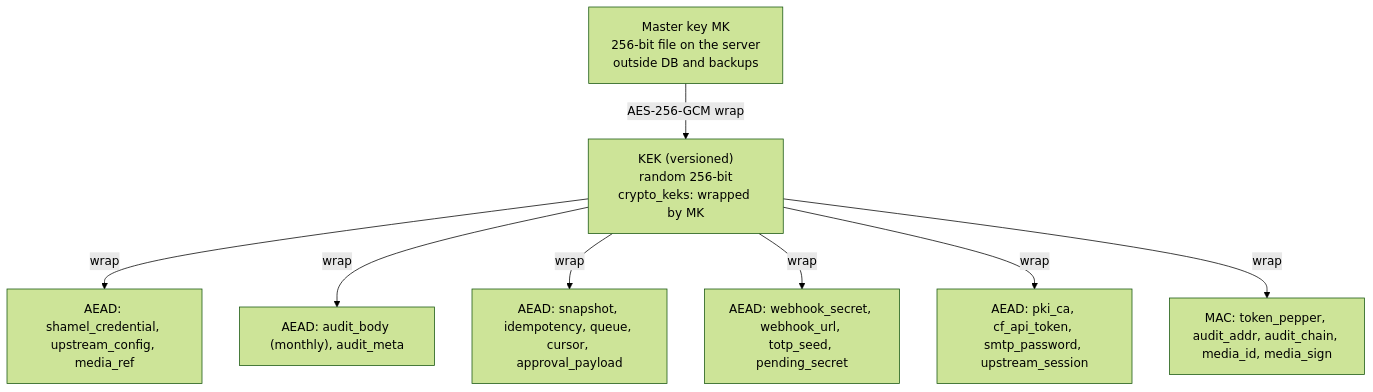
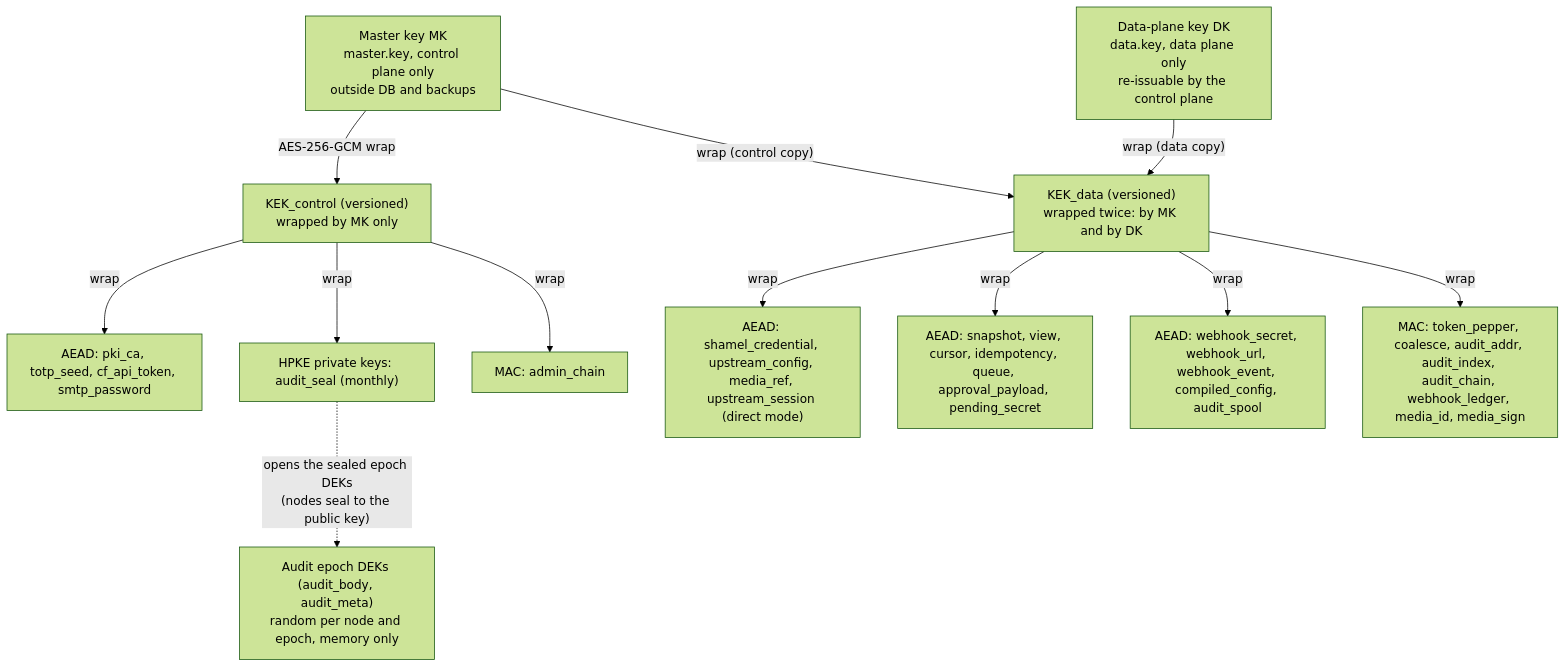
One commit to Web3Abbas/Shamel changed the fourth of 5 diagrams in docs/design/02-security.md. Above: the diagram before and after it, drawn with Mermaid (forest theme). The commit also changed other lines of this file, not shown here.

````diff
--- a/docs/design/02-security.md
+++ b/docs/design/02-security.md
@@ -766,12 +771,19 @@
 ```mermaid
 flowchart TD
-    MK["Master key MK<br/>256-bit file on the server<br/>outside DB and backups"]
-    KEK["KEK (versioned)<br/>random 256-bit<br/>crypto_keks: wrapped by MK"]
-    MK -- "AES-256-GCM wrap" --> KEK
-    KEK -- wrap --> K1["AEAD: shamel_credential, upstream_config, media_ref"]
-    KEK -- wrap --> K2["AEAD: audit_body (monthly), audit_meta"]
-    KEK -- wrap --> K3["AEAD: snapshot, idempotency, queue, cursor, approval_payload"]
-    KEK -- wrap --> K4["AEAD: webhook_secret, webhook_url, totp_seed, pending_secret"]
-    KEK -- wrap --> K5["AEAD: pki_ca, cf_api_token, smtp_password, upstream_session"]
-    KEK -- wrap --> K6["MAC: token_pepper, audit_addr, audit_chain, media_id, media_sign"]
+    MK["Master key MK<br/>master.key, control plane only<br/>outside DB and backups"]
+    DK["Data-plane key DK<br/>data.key, data plane only<br/>re-issuable by the control plane"]
+    KC["KEK_control (versioned)<br/>wrapped by MK only"]
+    KD["KEK_data (versioned)<br/>wrapped twice: by MK and by DK"]
+    MK -- "AES-256-GCM wrap" --> KC
+    MK -- "wrap (control copy)" --> KD
+    DK -- "wrap (data copy)" --> KD
+    KC -- wrap --> C1["AEAD: pki_ca, totp_seed, cf_api_token, smtp_password"]
+    KC -- wrap --> C2["HPKE private keys: audit_seal (monthly)"]
+    KC -- wrap --> C3["MAC: admin_chain"]
+    KD -- wrap --> D1["AEAD: shamel_credential, upstream_config, media_ref, upstream_session (direct mode)"]
+    KD -- wrap --> D2["AEAD: snapshot, view, cursor, idempotency, queue, approval_payload, pending_secret"]
+    KD -- wrap --> D3["AEAD: webhook_secret, webhook_url, webhook_event, compiled_config, audit_spool"]
+    KD -- wrap --> D4["MAC: token_pepper, coalesce, audit_addr, audit_index, audit_chain, webhook_ledger, media_id, media_sign"]
+    E["Audit epoch DEKs (audit_body, audit_meta)<br/>random per node and epoch, memory only"]
+    C2 -. "opens the sealed epoch DEKs<br/>(nodes seal to the public key)" .-> E
 ```
````
